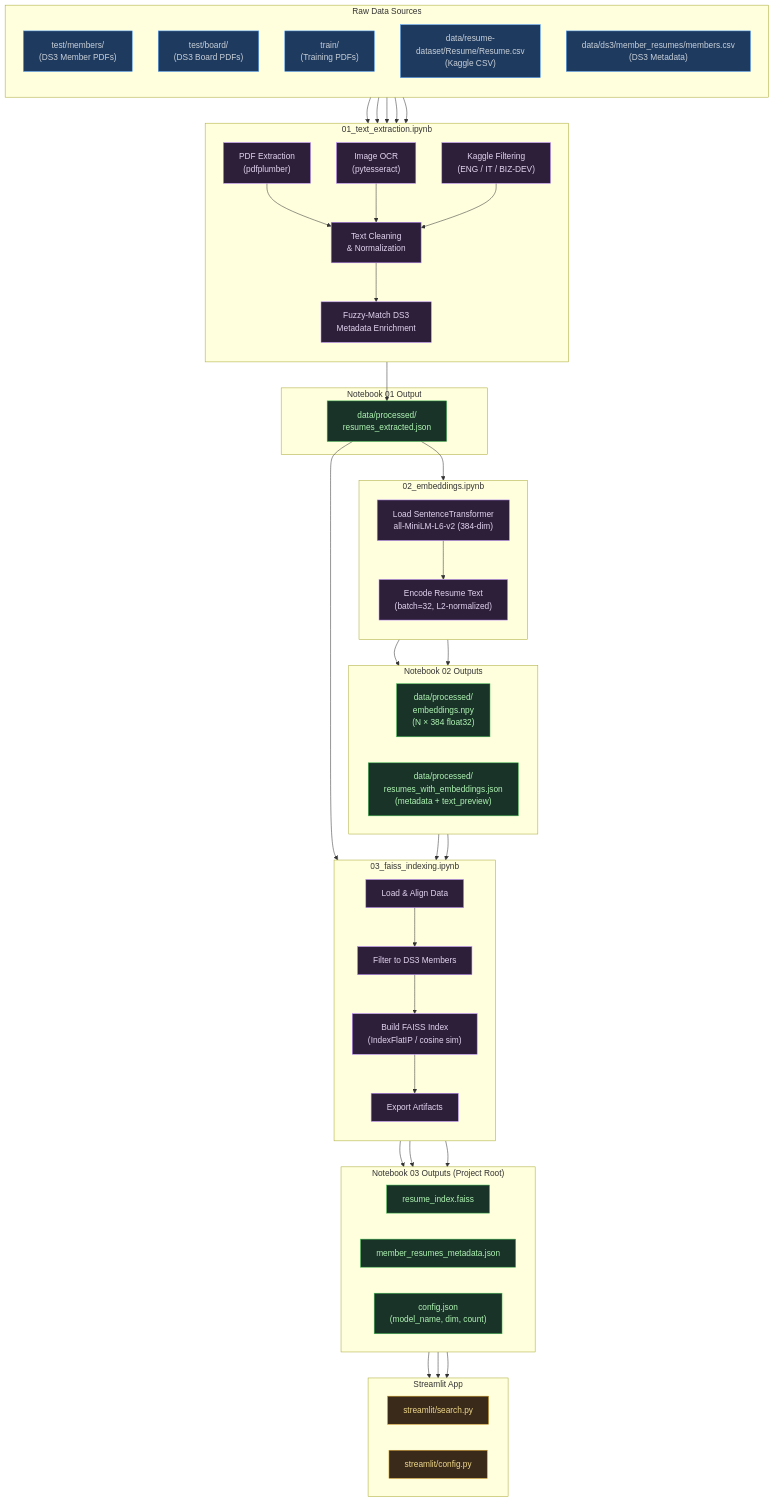
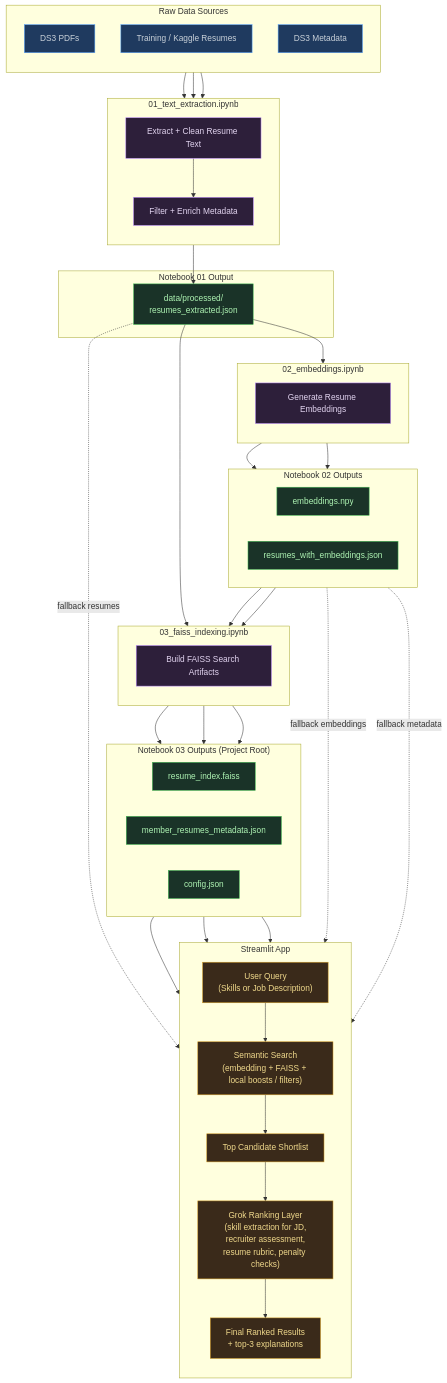
Before and after one commit to Ishayu1/TalentLens_Public: the diagram in pipeline/PIPELINE.md, drawn with Mermaid. The commit also changed 2999 other files, not shown here.

````diff
--- a/pipeline/PIPELINE.md
+++ b/pipeline/PIPELINE.md
@@ -6,65 +6,47 @@
 flowchart TB
     subgraph INPUTS["Raw Data Sources"]
         direction TB
-        A1["test/members/<br/>(DS3 Member PDFs)"]
-        A2["test/board/<br/>(DS3 Board PDFs)"]
-        A3["train/<br/>(Training PDFs)"]
-        A4["data/resume-dataset/Resume/Resume.csv<br/>(Kaggle CSV)"]
-        A5["data/ds3/member_resumes/members.csv<br/>(DS3 Metadata)"]
+        A1["DS3 PDFs"]
+        A2["Training / Kaggle Resumes"]
+        A3["DS3 Metadata"]
     end
 
     subgraph NB1["01_text_extraction.ipynb"]
         direction TB
-        B1["PDF Extraction<br/>(pdfplumber)"]
-        B2["Image OCR<br/>(pytesseract)"]
-        B3["Text Cleaning<br/>& Normalization"]
-        B4["Kaggle Filtering<br/>(ENG / IT / BIZ-DEV)"]
-        B5["Fuzzy-Match DS3<br/>Metadata Enrichment"]
-        B1 --> B3
-        B2 --> B3
-        B4 --> B3
-        B3 --> B5
+        B1["Extract + Clean Resume Text"]
+        B2["Filter + Enrich Metadata"]
+        B1 --> B2
     end
 
     A1 --> B1
     A2 --> B1
-    A3 --> B1
-    A4 --> B4
-    A5 --> B5
+    A3 --> B2
 
     subgraph OUT1["Notebook 01 Output"]
         C1["data/processed/<br/>resumes_extracted.json"]
     end
 
-    B5 --> C1
+    B2 --> C1
 
     subgraph NB2["02_embeddings.ipynb"]
         direction TB
-        D1["Load SentenceTransformer<br/>all-MiniLM-L6-v2 (384-dim)"]
-        D2["Encode Resume Text<br/>(batch=32, L2-normalized)"]
-        D1 --> D2
+        D1["Generate Resume Embeddings"]
     end
 
     C1 --> D1
 
     subgraph OUT2["Notebook 02 Outputs"]
         direction LR
-        E1["data/processed/<br/>embeddings.npy<br/>(N × 384 float32)"]
-        E2["data/processed/<br/>resumes_with_embeddings.json<br/>(metadata + text_preview)"]
+        E1["embeddings.npy"]
+        E2["resumes_with_embeddings.json"]
     end
 
-    D2 --> E1
-    D2 --> E2
+    D1 --> E1
+    D1 --> E2
 
     subgraph NB3["03_faiss_indexing.ipynb"]
         direction TB
-        F1["Load & Align Data"]
-        F2["Filter to DS3 Members"]
-        F3["Build FAISS Index<br/>(IndexFlatIP / cosine sim)"]
-        F4["Export Artifacts"]
-        F1 --> F2
-        F2 --> F3
-        F3 --> F4
+        F1["Build FAISS Search Artifacts"]
     end
 
     E1 --> F1
@@ -75,30 +57,42 @@
         direction LR
         G1["resume_index.faiss"]
         G2["member_resumes_metadata.json"]
-        G3["config.json<br/>(model_name, dim, count)"]
+        G3["config.json"]
     end
 
-    F4 --> G1
-    F4 --> G2
-    F4 --> G3
+    F1 --> G1
+    F1 --> G2
+    F1 --> G3
 
     subgraph APP["Streamlit App"]
-        direction LR
-        H1["streamlit/search.py"]
-        H2["streamlit/config.py"]
+        direction TB
+        H1["User Query<br/>(Skills or Job Description)"]
+        H2["Semantic Search<br/>(embedding + FAISS + local boosts / filters)"]
+        H3["Top Candidate Shortlist"]
+        H4["Grok Ranking Layer<br/>(skill extraction for JD,<br/>recruiter assessment,<br/>resume rubric, penalty checks)"]
+        H5["Final Ranked Results<br/>+ top-3 explanations"]
+
+        H1 --> H2
+        H2 --> H3
+        H3 --> H4
+        H4 --> H5
     end
 
-    G1 --> H1
-    G2 --> H1
+    G1 --> H2
+    G2 --> H2
     G3 --> H2
+
+    C1 -. fallback resumes .-> H2
+    E1 -. fallback embeddings .-> H2
+    E2 -. fallback metadata .-> H2
 
     classDef inputNode fill:#1f3a5f,stroke:#58a6ff,color:#c9d1d9
     classDef processNode fill:#2d1f3a,stroke:#bc8cff,color:#e2d4f0
     classDef fileNode fill:#1a3328,stroke:#3fb950,color:#aff5b4
     classDef appNode fill:#3a2a1a,stroke:#d29922,color:#f0d98c
 
-    class A1,A2,A3,A4,A5 inputNode
-    class B1,B2,B3,B4,B5,D1,D2,F1,F2,F3,F4 processNode
+    class A1,A2,A3 inputNode
+    class B1,B2,D1,F1 processNode
     class C1,E1,E2,G1,G2,G3 fileNode
-    class H1,H2 appNode
+    class H1,H2,H3,H4,H5 appNode
 ```
````
